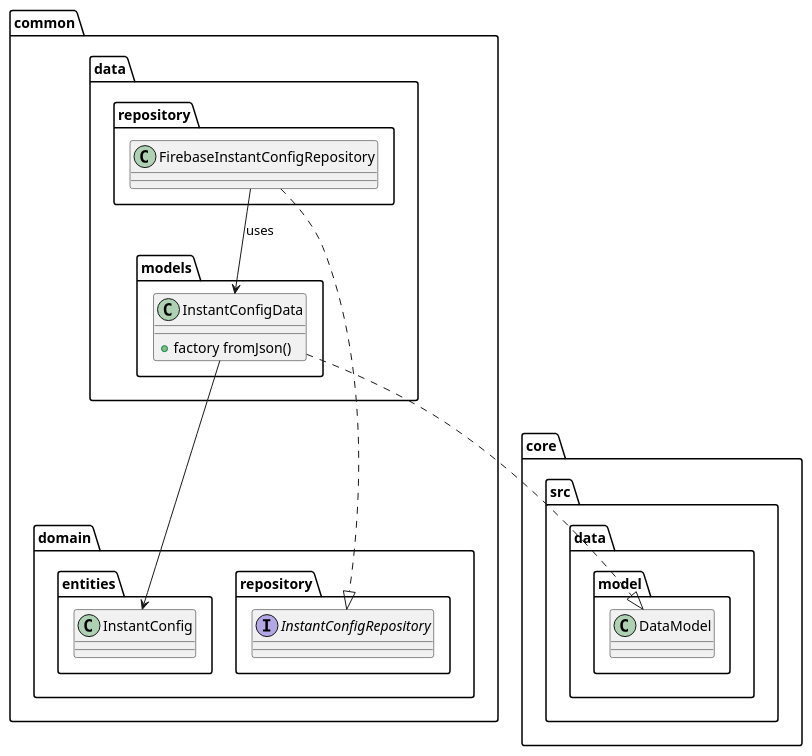
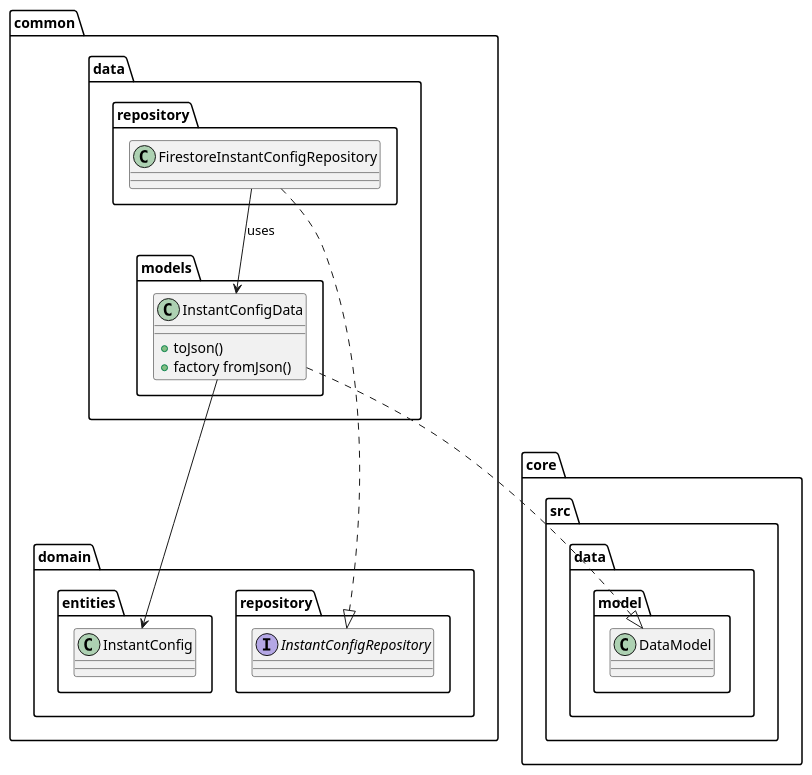
Before and after one commit to Flank/flank-dashboard: the diagram in metrics/web/docs/features/instant_config/diagrams/instant_config_data_layer_class_diagram.puml, drawn with PlantUML. The commit also changed 4 other files, not shown here.

```diff
--- a/metrics/web/docs/features/instant_config/diagrams/instant_config_data_layer_class_diagram.puml
+++ b/metrics/web/docs/features/instant_config/diagrams/instant_config_data_layer_class_diagram.puml
@@ -1,33 +1,34 @@
 @startuml instant_config_data_layer_class_diagram
 
 package common.domain.repository {
     interface InstantConfigRepository {}
 }
 
 package common.domain.entities {
     class InstantConfig {}
 }
 
 package common.data {
     package repository {
-        class FirebaseInstantConfigRepository {}
+        class FirestoreInstantConfigRepository {}
     }
 
     package models {
         class InstantConfigData {
+            + toJson()
             + factory fromJson()
         }
     }
 }
 
 package core.src.data.model {
     class DataModel {}
 }
 
-FirebaseInstantConfigRepository ..|> InstantConfigRepository
-FirebaseInstantConfigRepository --> InstantConfigData : uses
+FirestoreInstantConfigRepository ..|> InstantConfigRepository
+FirestoreInstantConfigRepository --> InstantConfigData : uses
 
 InstantConfigData --> InstantConfig
 InstantConfigData ..|> DataModel
 
 @enduml
```
